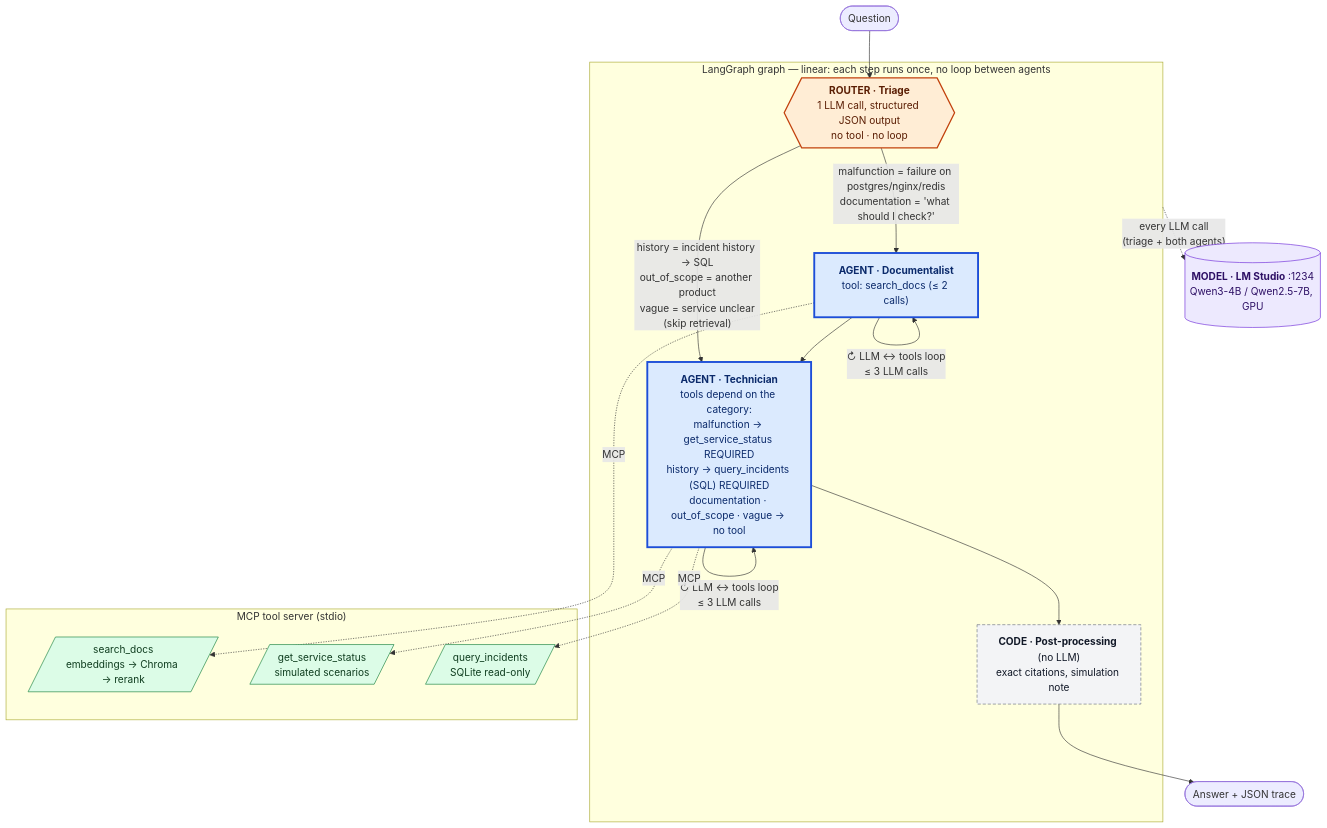
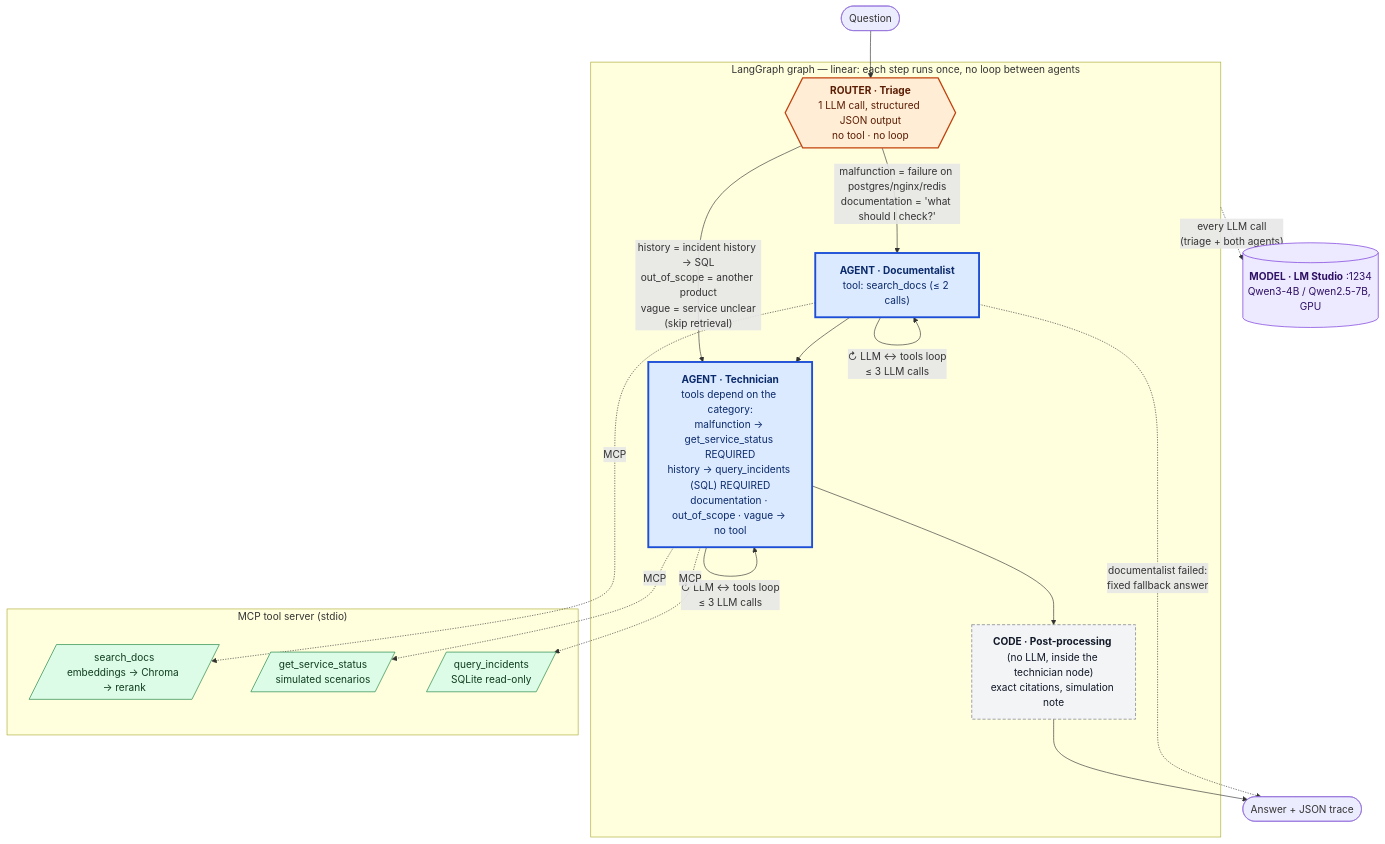
The first of 2 diagrams in README.md (StephaneHe/HelloSupport), drawn with Mermaid before and after one commit. The commit also changed other lines of this file and 34 other files, not shown here.

````diff
--- a/README.md
+++ b/README.md
@@ -33,40 +33,41 @@
 ```mermaid
 flowchart TB
     Q(["Question"]) --> T
 
     subgraph G["LangGraph graph — linear: each step runs once, no loop between agents"]
         T{{"<b>ROUTER · Triage</b><br/>1 LLM call, structured JSON output<br/>no tool · no loop"}}
         T -->|"malfunction = failure on postgres/nginx/redis<br/>documentation = 'what should I check?'"| D
         T -->|"history = incident history → SQL<br/>out_of_scope = another product<br/>vague = service unclear<br/>(skip retrieval)"| TE
         D["<b>AGENT · Documentalist</b><br/>tool: search_docs (≤ 2 calls)"]
         D -->|"↻ LLM ↔ tools loop<br/>≤ 3 LLM calls"| D
         D --> TE
         TE["<b>AGENT · Technician</b><br/>tools depend on the category:<br/>malfunction → get_service_status REQUIRED<br/>history → query_incidents (SQL) REQUIRED<br/>documentation · out_of_scope · vague → no tool"]
         TE -->|"↻ LLM ↔ tools loop<br/>≤ 3 LLM calls"| TE
-        TE --> P["<b>CODE · Post-processing</b> (no LLM)<br/>exact citations, simulation note"]
+        TE --> P["<b>CODE · Post-processing</b> (no LLM, inside the technician node)<br/>exact citations, simulation note"]
     end
     P --> A(["Answer + JSON trace"])
+    D -.->|"documentalist failed:<br/>fixed fallback answer"| A
 
     subgraph MCP["MCP tool server (stdio)"]
         S1[/"search_docs<br/>embeddings → Chroma → rerank"/]
         S2[/"get_service_status<br/>simulated scenarios"/]
         S3[/"query_incidents<br/>SQLite read-only"/]
     end
     D -. "MCP" .-> S1
     TE -. "MCP" .-> S2
     TE -. "MCP" .-> S3
 
     LLM[("<b>MODEL · LM Studio</b> :1234<br/>Qwen3-4B / Qwen2.5-7B, GPU")]
     G -. "every LLM call<br/>(triage + both agents)" .-> LLM
 
     classDef agent fill:#dbeafe,stroke:#1d4ed8,stroke-width:3px,color:#0b2a6b
     classDef router fill:#ffedd5,stroke:#c2410c,stroke-width:2px,color:#5a1d03
     classDef code fill:#f3f4f6,stroke:#6b7280,stroke-width:1px,stroke-dasharray:5 3,color:#111827
     classDef tool fill:#dcfce7,stroke:#15803d,color:#0f3d1f
     classDef model fill:#ede9fe,stroke:#6d28d9,color:#2e1065
     class D,TE agent
     class T router
     class P code
     class S1,S2,S3 tool
     class LLM model
 ```
````
